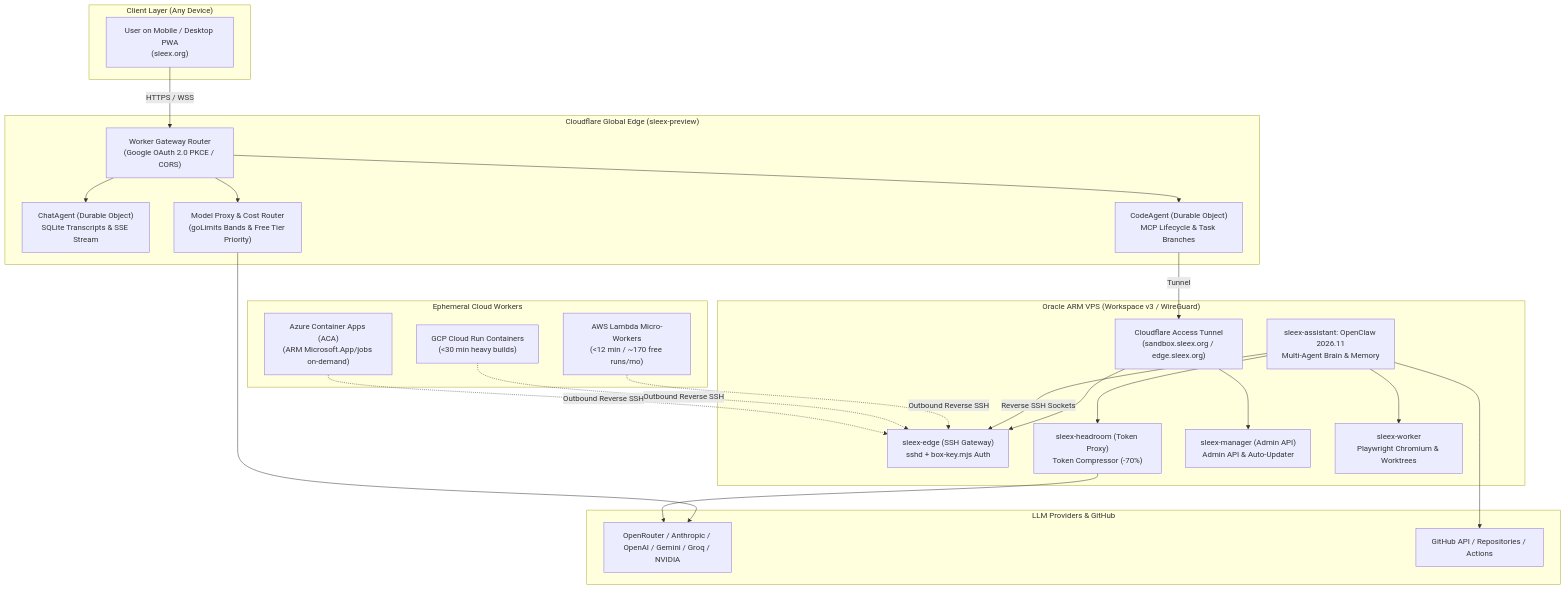
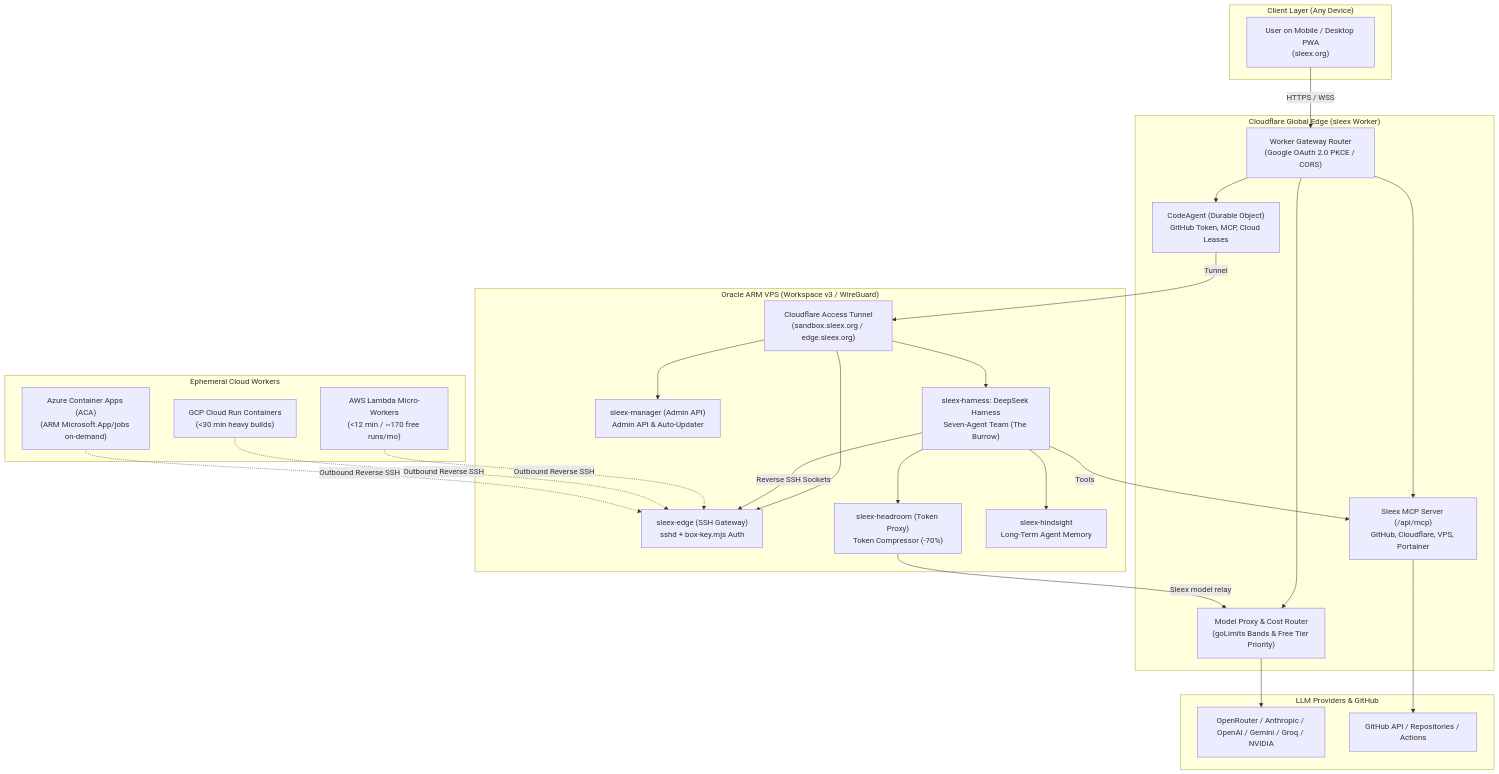
Before and after one commit to pixca-net/sleex-docs: the first of 3 diagrams in docs/sleex-presentation.md, drawn with Mermaid. The commit also changed other lines of this file and 18 other files, not shown here.

First line of the commit message:
Deck: replace the retired OpenClaw stack with DeepSeek Harness

````diff
--- a/docs/sleex-presentation.md
+++ b/docs/sleex-presentation.md
@@ -82,50 +82,52 @@
 ```mermaid
 flowchart TD
     subgraph ClientLayer ["Client Layer (Any Device)"]
         User["User on Mobile / Desktop PWA<br/>(sleex.org)"]
     end
 
-    subgraph EdgeLayer ["Cloudflare Global Edge (sleex-preview)"]
+    subgraph EdgeLayer ["Cloudflare Global Edge (sleex Worker)"]
         WorkerRouter["Worker Gateway Router<br/>(Google OAuth 2.0 PKCE / CORS)"]
-        ChatDO["ChatAgent (Durable Object)<br/>SQLite Transcripts & SSE Stream"]
-        CodeDO["CodeAgent (Durable Object)<br/>MCP Lifecycle & Task Branches"]
+        MCP["Sleex MCP Server (/api/mcp)<br/>GitHub, Cloudflare, VPS, Portainer"]
+        CodeDO["CodeAgent (Durable Object)<br/>GitHub Token, MCP, Cloud Leases"]
         ModelProxy["Model Proxy & Cost Router<br/>(goLimits Bands & Free Tier Priority)"]
     end
 
     subgraph VPSLayer ["Oracle ARM VPS (Workspace v3 / WireGuard)"]
         Tunnel["Cloudflare Access Tunnel<br/>(sandbox.sleex.org / edge.sleex.org)"]
         EdgeSSHD["sleex-edge (SSH Gateway)<br/>sshd + box-key.mjs Auth"]
         Headroom["sleex-headroom (Token Proxy)<br/>Token Compressor (-70%)"]
         Manager["sleex-manager (Admin API)<br/>Admin API & Auto-Updater"]
-        Assistant["sleex-assistant: OpenClaw 2026.11<br/>Multi-Agent Brain & Memory"]
-        LocalWorker["sleex-worker<br/>Playwright Chromium & Worktrees"]
+        Harness["sleex-harness: DeepSeek Harness<br/>Seven-Agent Team (The Burrow)"]
+        Hindsight["sleex-hindsight<br/>Long-Term Agent Memory"]
     end
 
     subgraph ComputeLayer ["Ephemeral Cloud Workers"]
         Lambda["AWS Lambda Micro-Workers<br/>(&lt;12 min / ~170 free runs/mo)"]
         CloudRun["GCP Cloud Run Containers<br/>(&lt;30 min heavy builds)"]
         AzureACA["Azure Container Apps (ACA)<br/>(ARM Microsoft.App/jobs on-demand)"]
     end
 
     subgraph UpstreamProviders ["LLM Providers & GitHub"]
         LLMs["OpenRouter / Anthropic / OpenAI / Gemini / Groq / NVIDIA"]
         GitHub["GitHub API / Repositories / Actions"]
     end
 
     User -->|HTTPS / WSS| WorkerRouter
-    WorkerRouter --> ChatDO
+    WorkerRouter --> MCP
     WorkerRouter --> CodeDO
     WorkerRouter --> ModelProxy
     ModelProxy --> LLMs
     CodeDO -->|Tunnel| Tunnel
     Tunnel --> Manager
     Tunnel --> EdgeSSHD
-    Assistant --> Headroom
-    Headroom --> LLMs
-    Assistant --> LocalWorker
-    Assistant -->|Reverse SSH Sockets| EdgeSSHD
+    Tunnel --> Harness
+    Harness --> Headroom
+    Headroom -->|Sleex model relay| ModelProxy
+    Harness --> Hindsight
+    Harness -->|Tools| MCP
+    Harness -->|Reverse SSH Sockets| EdgeSSHD
     Lambda -.->|Outbound Reverse SSH| EdgeSSHD
     CloudRun -.->|Outbound Reverse SSH| EdgeSSHD
     AzureACA -.->|Outbound Reverse SSH| EdgeSSHD
-    Assistant --> GitHub
+    MCP --> GitHub
 ```
````
